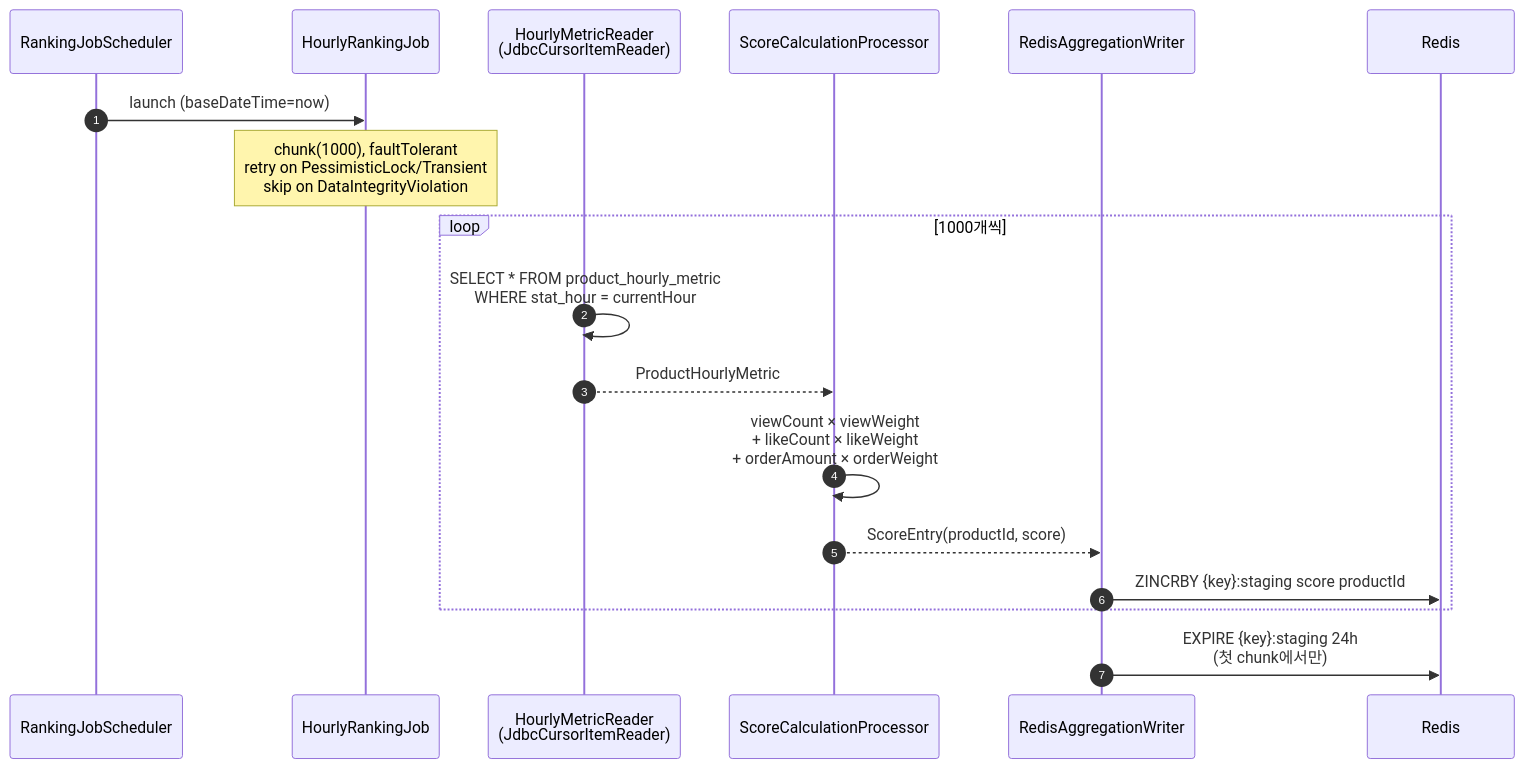
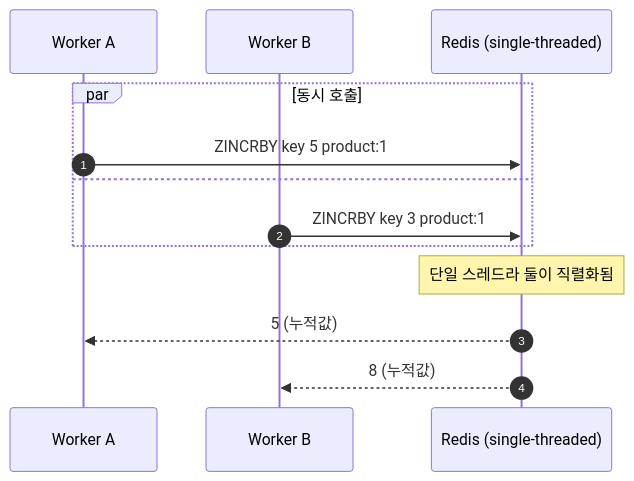
The third of 8 diagrams in 퉁그리/[3주차]레디스 자료 구조 활용 사례.md (eu-ssya/redis-for-developers), drawn with Mermaid before and after one commit. The commit also changed other lines of this file, not shown here.

````diff
--- a/퉁그리/[3주차]레디스 자료 구조 활용 사례.md
+++ b/퉁그리/[3주차]레디스 자료 구조 활용 사례.md
@@ -149,21 +97,16 @@
 ```mermaid
 sequenceDiagram
     autonumber
-    participant Sched as RankingJobScheduler
-    participant Job as HourlyRankingJob
-    participant Reader as HourlyMetricReader<br/>(JdbcCursorItemReader)
-    participant Proc as ScoreCalculationProcessor
-    participant Writer as RedisAggregationWriter
-    participant Redis
+    participant W1 as Worker A
+    participant W2 as Worker B
+    participant R as Redis (single-threaded)
 
-    Sched->>Job: launch (baseDateTime=now)
-    Note over Job: chunk(1000), faultTolerant<br/>retry on PessimisticLock/Transient<br/>skip on DataIntegrityViolation
-    loop 1000개씩
-        Reader->>Reader: SELECT * FROM product_hourly_metric<br/>WHERE stat_hour = currentHour
-        Reader-->>Proc: ProductHourlyMetric
-        Proc->>Proc: viewCount × viewWeight<br/>+ likeCount × likeWeight<br/>+ orderAmount × orderWeight
-        Proc-->>Writer: ScoreEntry(productId, score)
-        Writer->>Redis: ZINCRBY {key}:staging score productId
+    par 동시 호출
+        W1->>R: ZINCRBY key 5 product:1
+    and
+        W2->>R: ZINCRBY key 3 product:1
     end
-    Writer->>Redis: EXPIRE {key}:staging 24h<br/>(첫 chunk에서만)
+    Note over R: 단일 스레드라 둘이 직렬화됨
+    R-->>W1: 5 (누적값)
+    R-->>W2: 8 (누적값)
 ```
````
